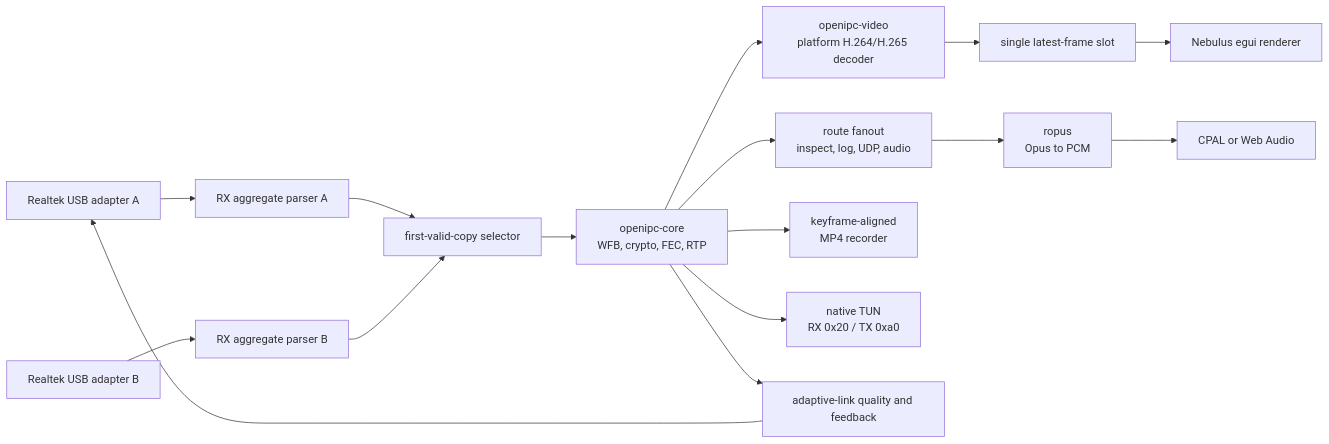
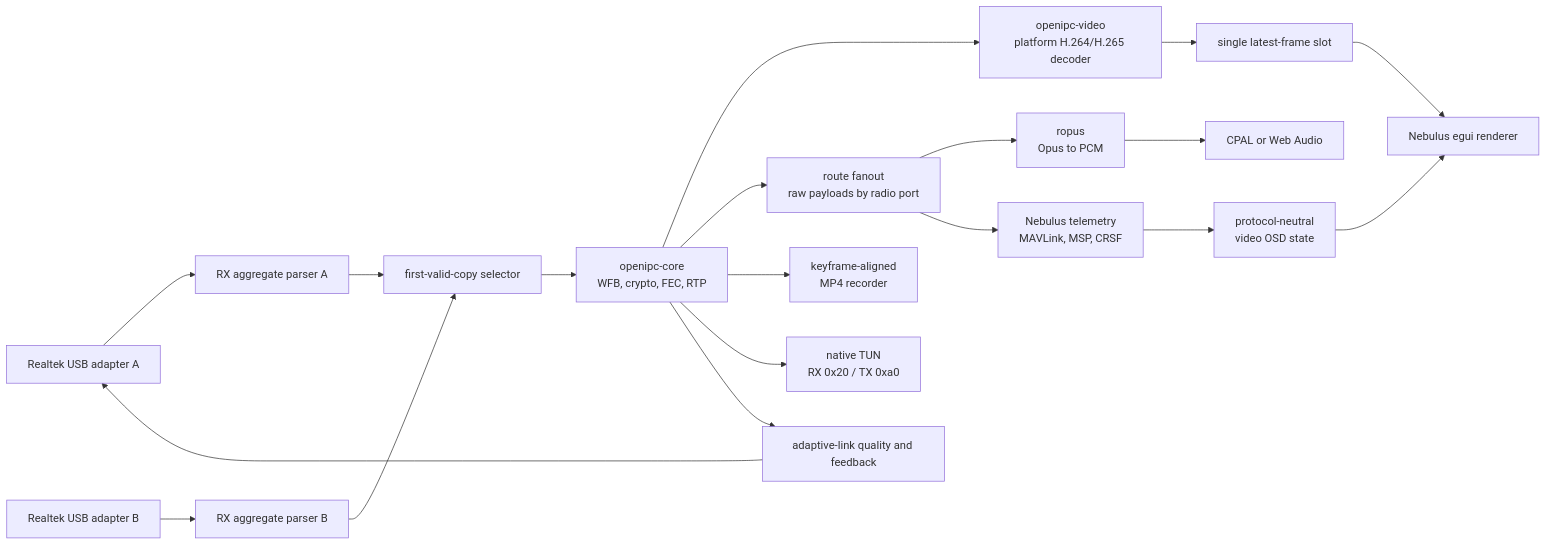
Before and after one commit to neelsani/openipc-rs: the diagram in docs/docs/nebulus.md, drawn with Mermaid. The commit also changed other lines of this file and 32 other files, not shown here.

First line of the commit message:
feat(nebulus): add telemetry-driven OSD and diagnostics

````diff
--- a/docs/docs/nebulus.md
+++ b/docs/docs/nebulus.md
@@ -26,18 +26,21 @@
 ```mermaid
 flowchart LR
     USB1["Realtek USB adapter A"] --> RTL1["RX aggregate parser A"]
     USB2["Realtek USB adapter B"] --> RTL2["RX aggregate parser B"]
     RTL1 --> Diversity["first-valid-copy selector"]
     RTL2 --> Diversity
     Diversity --> Core["openipc-core<br/>WFB, crypto, FEC, RTP"]
     Core --> Video["openipc-video<br/>platform H.264/H.265 decoder"]
-    Core --> Routes["route fanout<br/>inspect, log, UDP, audio"]
+    Core --> Routes["route fanout<br/>raw payloads by radio port"]
     Core --> Record["keyframe-aligned<br/>MP4 recorder"]
     Core --> Tun["native TUN<br/>RX 0x20 / TX 0xa0"]
     Routes --> Opus["ropus<br/>Opus to PCM"]
+    Routes --> Telemetry["Nebulus telemetry<br/>MAVLink, MSP, CRSF"]
     Opus --> Audio["CPAL or Web Audio"]
+    Telemetry --> OSD["protocol-neutral<br/>video OSD state"]
     Video --> Latest["single latest-frame slot"]
     Latest --> Egui["Nebulus egui renderer"]
+    OSD --> Egui
     Core --> Link["adaptive-link quality and feedback"]
     Link --> USB1
 ```
````
